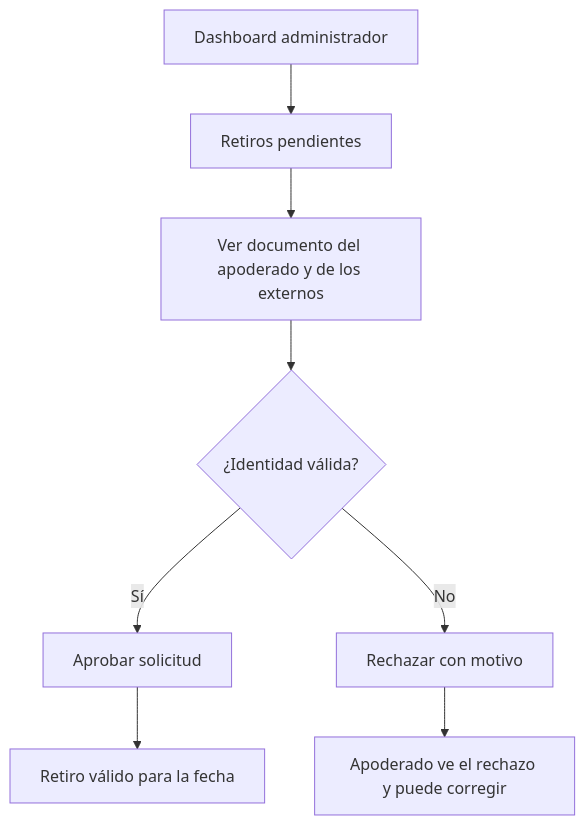
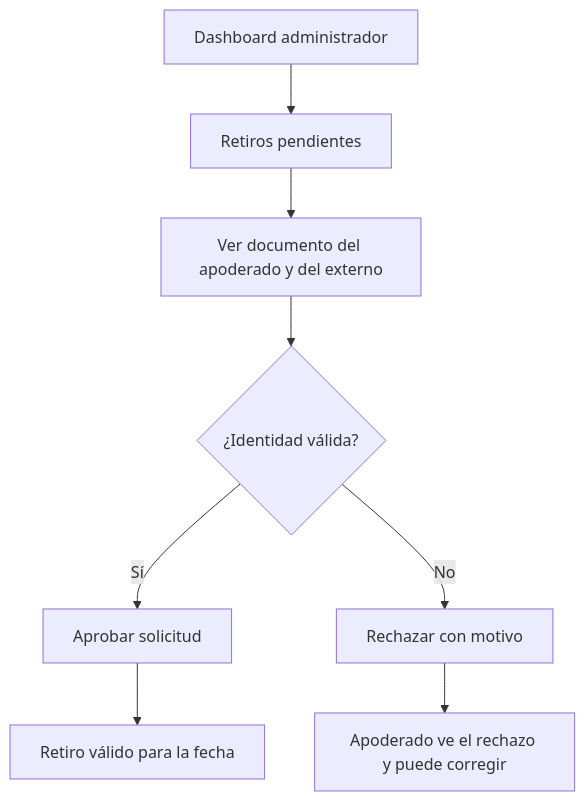
One commit to kogekii/ProductEnginereeng changed the fourth of 5 diagrams in docs/00-producto.md. Above: the diagram before and after it, drawn with Mermaid. The commit also changed other lines of this file and 46 other files, not shown here.

````diff
--- a/docs/00-producto.md
+++ b/docs/00-producto.md
@@ -282,10 +280,10 @@
 ```mermaid
 flowchart TD
     A[Dashboard administrador] --> B[Retiros pendientes]
-    B --> C[Ver documento del apoderado y de los externos]
+    B --> C[Ver documento del apoderado y del externo]
     C --> D{¿Identidad válida?}
     D -- Sí --> E[Aprobar solicitud]
     D -- No --> F[Rechazar con motivo]
     E --> G[Retiro válido para la fecha]
     F --> H[Apoderado ve el rechazo y puede corregir]
 ```
````
